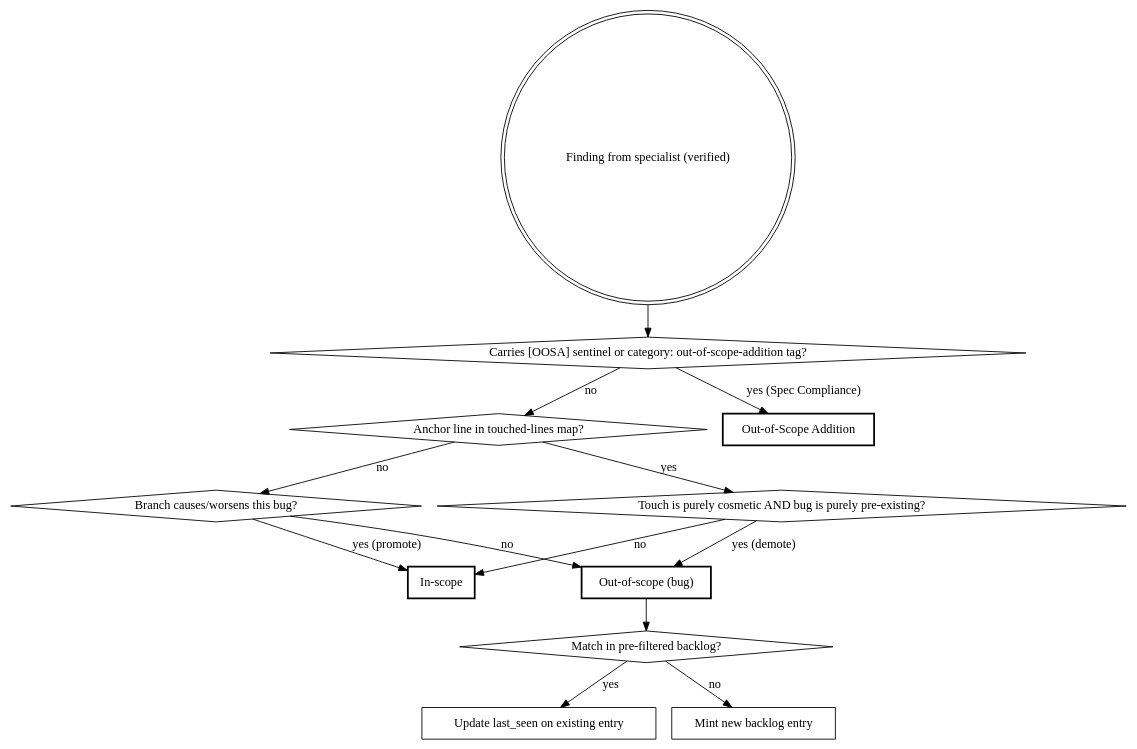
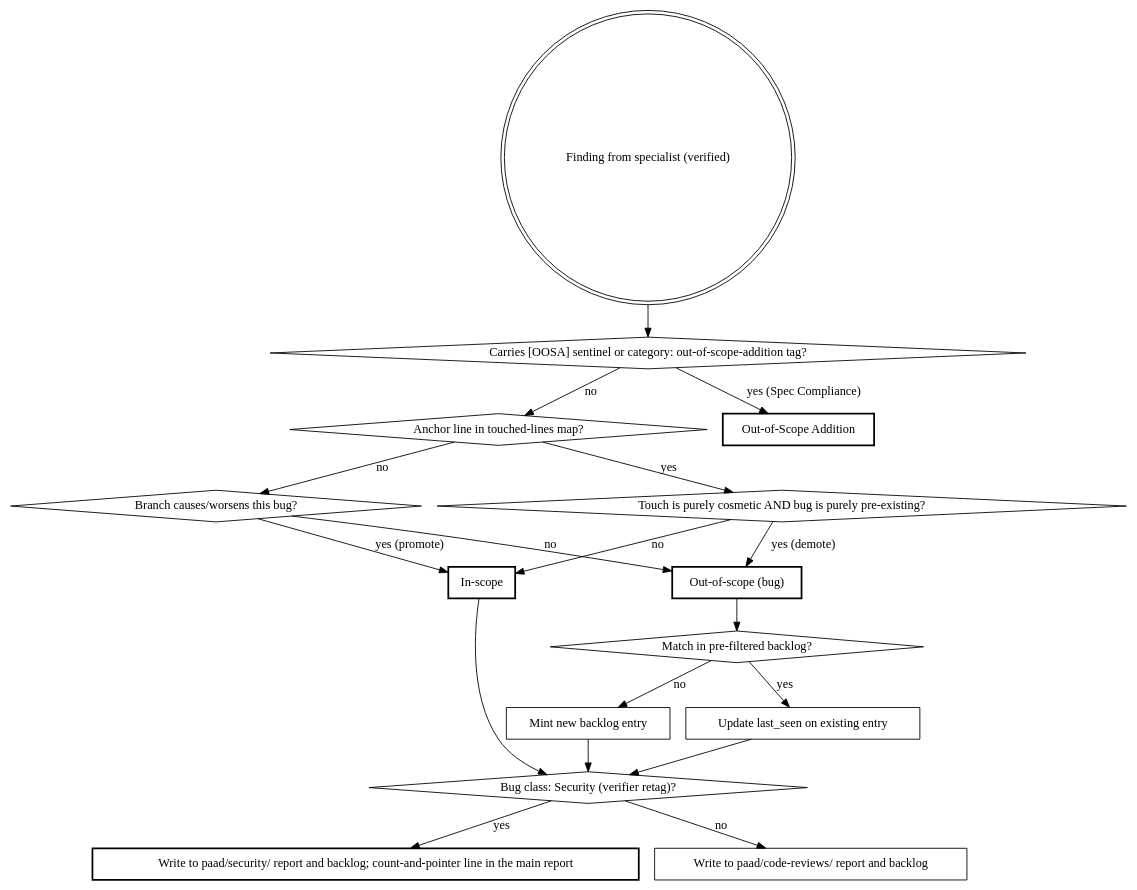
The first of 2 diagrams in preview/paad/skills/agentic-review/SKILL.md (Ovid/paad), drawn with Graphviz before and after one commit. The commit also changed other lines of this file and 2 other files, not shown here.

First line of the commit message:
agentic-review: verifier retags security findings, orchestrator routes them to paad/security/

````diff
--- a/preview/paad/skills/agentic-review/SKILL.md
+++ b/preview/paad/skills/agentic-review/SKILL.md
@@ -22,29 +22,37 @@
 ```dot
 digraph classification {
   "Finding from specialist (verified)" [shape=doublecircle];
   "Carries [OOSA] sentinel or category: out-of-scope-addition tag?" [shape=diamond];
   "Anchor line in touched-lines map?" [shape=diamond];
   "Branch causes/worsens this bug?" [shape=diamond];
   "Touch is purely cosmetic AND bug is purely pre-existing?" [shape=diamond];
   "Match in pre-filtered backlog?" [shape=diamond];
 
   "In-scope" [shape=box, style=bold];
   "Out-of-scope (bug)" [shape=box, style=bold];
   "Out-of-Scope Addition" [shape=box, style=bold];
   "Update last_seen on existing entry" [shape=box];
   "Mint new backlog entry" [shape=box];
+  "Bug class: Security (verifier retag)?" [shape=diamond];
+  "Write to paad/security/ report and backlog; count-and-pointer line in the main report" [shape=box, style=bold];
+  "Write to paad/code-reviews/ report and backlog" [shape=box];
 
   "Finding from specialist (verified)" -> "Carries [OOSA] sentinel or category: out-of-scope-addition tag?";
   "Carries [OOSA] sentinel or category: out-of-scope-addition tag?" -> "Out-of-Scope Addition" [label="yes (Spec Compliance)"];
   "Carries [OOSA] sentinel or category: out-of-scope-addition tag?" -> "Anchor line in touched-lines map?" [label="no"];
   "Anchor line in touched-lines map?" -> "Touch is purely cosmetic AND bug is purely pre-existing?" [label="yes"];
   "Anchor line in touched-lines map?" -> "Branch causes/worsens this bug?" [label="no"];
   "Touch is purely cosmetic AND bug is purely pre-existing?" -> "Out-of-scope (bug)" [label="yes (demote)"];
   "Touch is purely cosmetic AND bug is purely pre-existing?" -> "In-scope" [label="no"];
   "Branch causes/worsens this bug?" -> "In-scope" [label="yes (promote)"];
   "Branch causes/worsens this bug?" -> "Out-of-scope (bug)" [label="no"];
   "Out-of-scope (bug)" -> "Match in pre-filtered backlog?";
   "Match in pre-filtered backlog?" -> "Update last_seen on existing entry" [label="yes"];
   "Match in pre-filtered backlog?" -> "Mint new backlog entry" [label="no"];
+  "In-scope" -> "Bug class: Security (verifier retag)?";
+  "Update last_seen on existing entry" -> "Bug class: Security (verifier retag)?";
+  "Mint new backlog entry" -> "Bug class: Security (verifier retag)?";
+  "Bug class: Security (verifier retag)?" -> "Write to paad/security/ report and backlog; count-and-pointer line in the main report" [label="yes"];
+  "Bug class: Security (verifier retag)?" -> "Write to paad/code-reviews/ report and backlog" [label="no"];
 }
 ```
````
